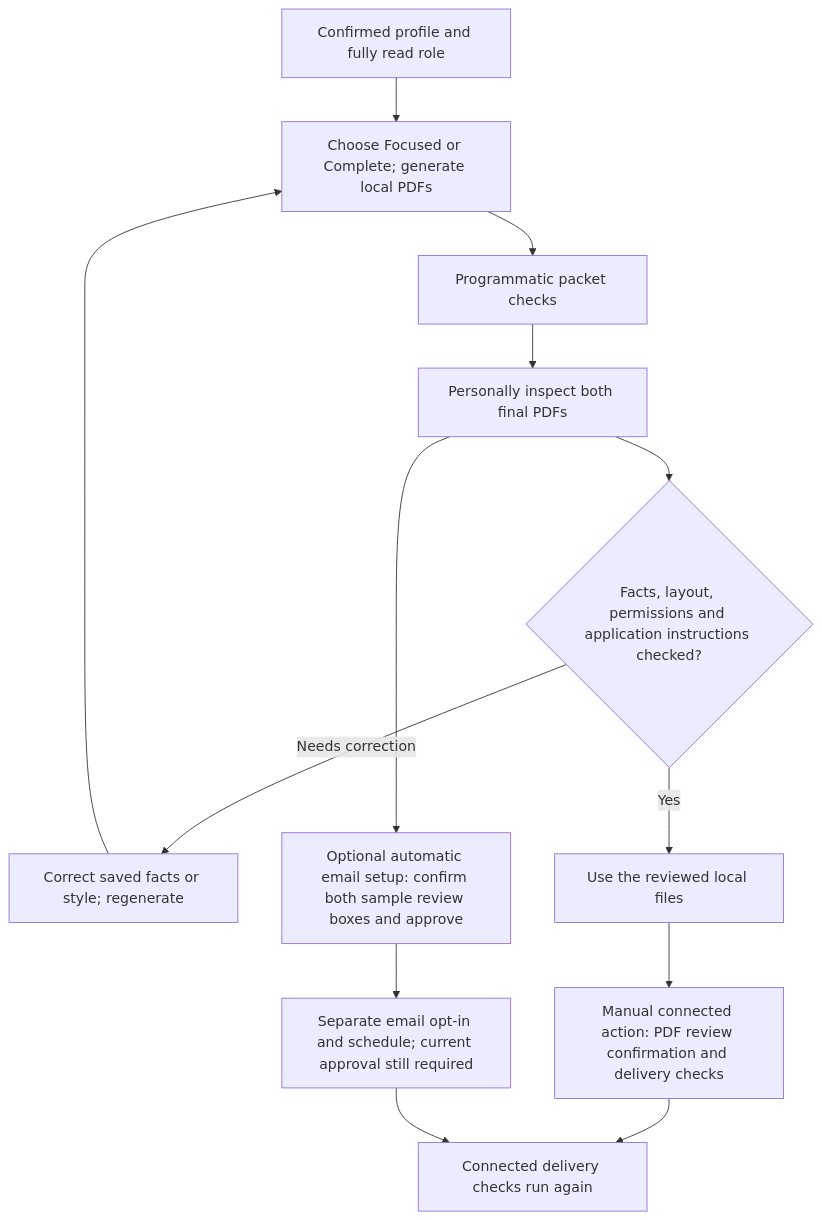
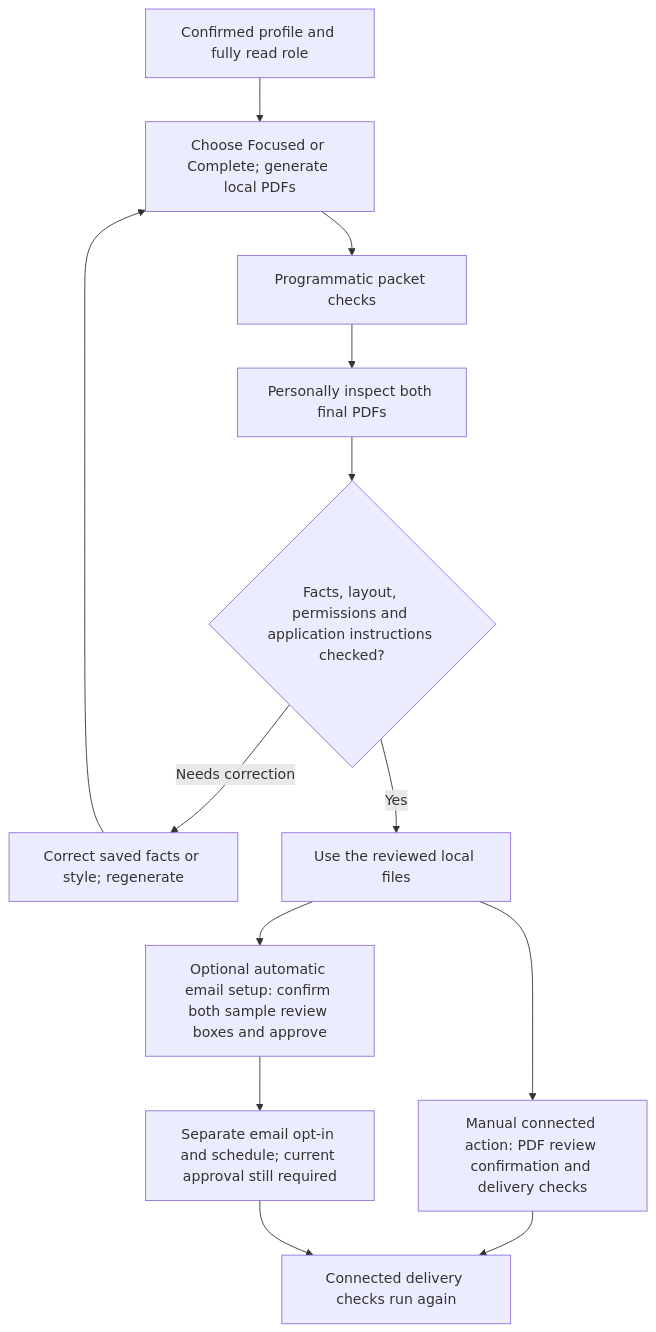
One commit to fuzzwin/nextrole changed the second of 2 diagrams in docs/ROLE-TAILORING.md. Above: the diagram before and after it, drawn with Mermaid.

Commit message:
docs: make human review precede both delivery paths

````diff
--- a/docs/ROLE-TAILORING.md
+++ b/docs/ROLE-TAILORING.md
@@ -76,15 +76,15 @@
 ```mermaid
 flowchart TD
     A["Confirmed profile and fully read role"] --> B["Choose Focused or Complete; generate local PDFs"]
     B --> C["Programmatic packet checks"]
     C --> D["Personally inspect both final PDFs"]
     D --> E{"Facts, layout, permissions and application instructions checked?"}
     E -->|Needs correction| F["Correct saved facts or style; regenerate"]
     F --> B
     E -->|Yes| G["Use the reviewed local files"]
     G --> H["Manual connected action: PDF review confirmation and delivery checks"]
-    D --> I["Optional automatic email setup: confirm both sample review boxes and approve"]
+    G --> I["Optional automatic email setup: confirm both sample review boxes and approve"]
     I --> J["Separate email opt-in and schedule; current approval still required"]
     H --> K["Connected delivery checks run again"]
     J --> K
 ```
````
